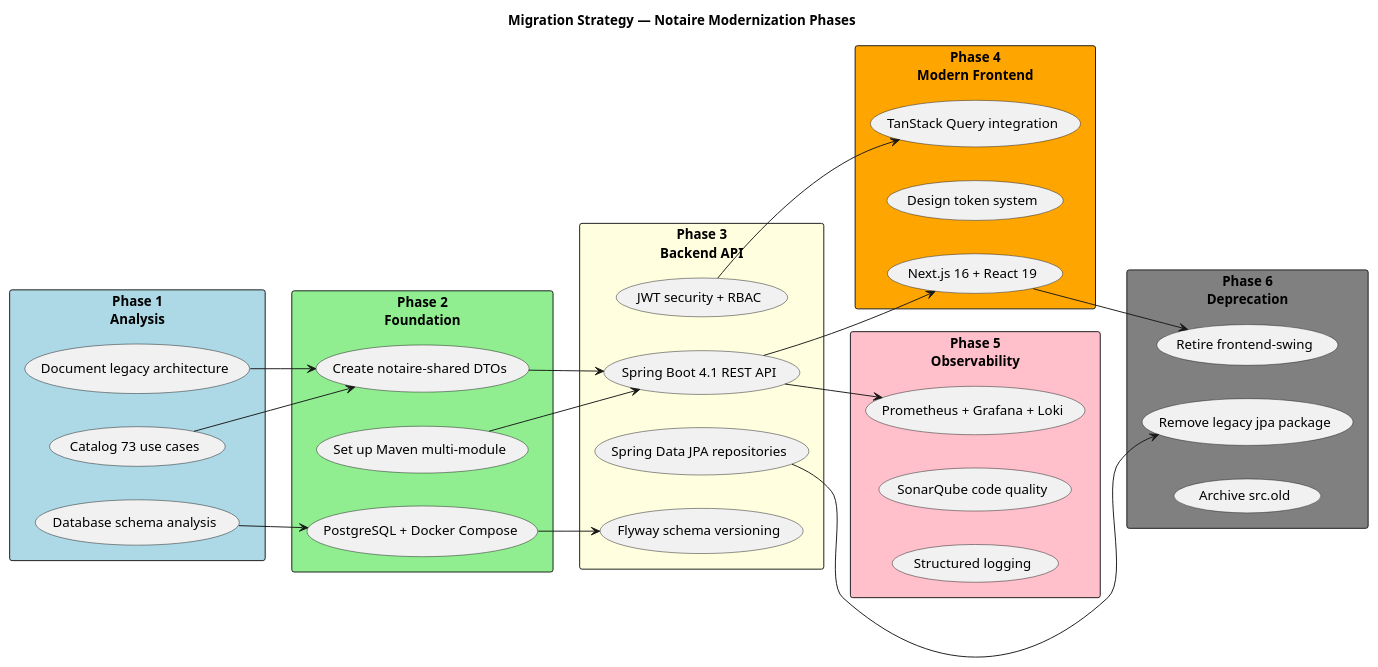
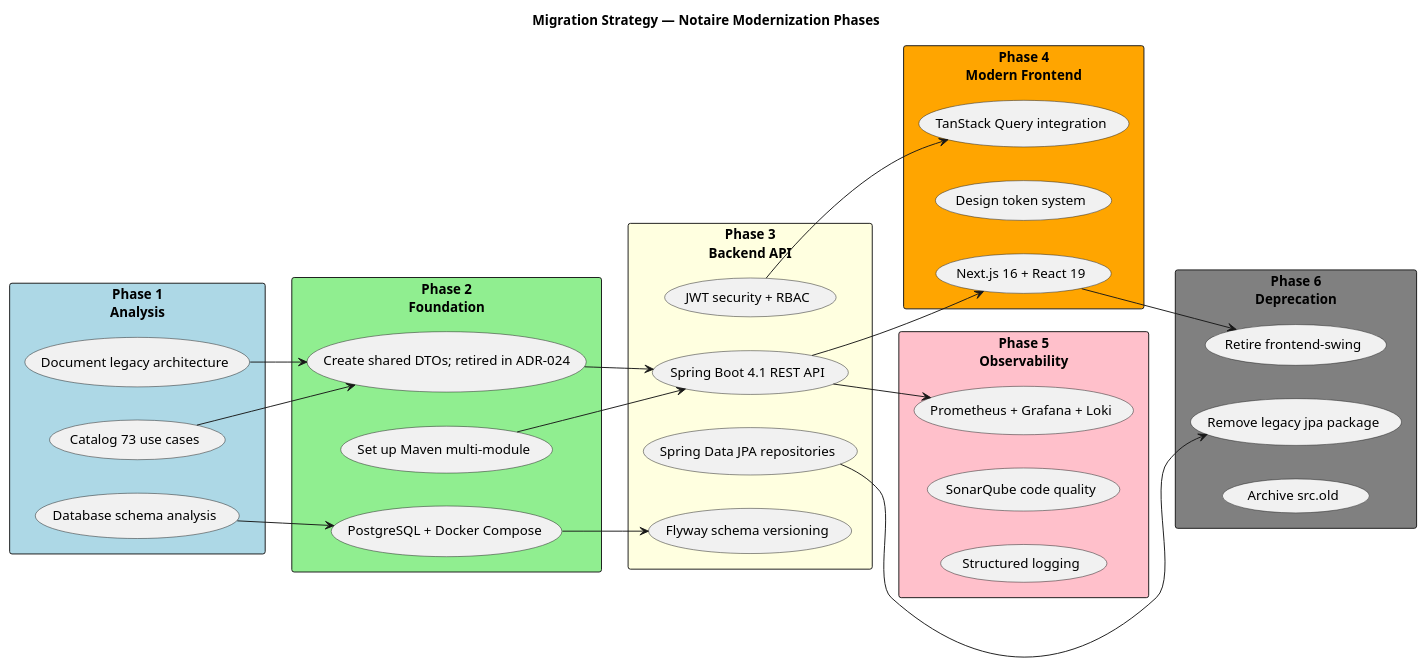
One commit to matiaspakua/notaire changed the diagram in docs/200-architecture/204-diagrams/migration-phases.puml. Above: the diagram before and after it, drawn with PlantUML. The commit also changed 24 other files, not shown here.

First line of the commit message:
docs(architecture): record the retirement of notaire-shared (ADR-024)

```diff
--- a/docs/200-architecture/204-diagrams/migration-phases.puml
+++ b/docs/200-architecture/204-diagrams/migration-phases.puml
@@ -1,53 +1,53 @@
 @startuml
 title Migration Strategy — Notaire Modernization Phases
 left to right direction
 
 rectangle "Phase 1\nAnalysis" #LightBlue {
   (Document legacy architecture) as P1A
   (Catalog 73 use cases) as P1B
   (Database schema analysis) as P1C
 }
 
 rectangle "Phase 2\nFoundation" #LightGreen {
-  (Create notaire-shared DTOs) as P2A
+  (Create shared DTOs; retired in ADR-024) as P2A
   (Set up Maven multi-module) as P2B
   (PostgreSQL + Docker Compose) as P2C
 }
 
 rectangle "Phase 3\nBackend API" #LightYellow {
   (Spring Boot 4.1 REST API) as P3A
   (Spring Data JPA repositories) as P3B
   (JWT security + RBAC) as P3C
   (Flyway schema versioning) as P3D
 }
 
 rectangle "Phase 4\nModern Frontend" #Orange {
   (Next.js 16 + React 19) as P4A
   (Design token system) as P4B
   (TanStack Query integration) as P4C
 }
 
 rectangle "Phase 5\nObservability" #Pink {
   (Prometheus + Grafana + Loki) as P5A
   (SonarQube code quality) as P5B
   (Structured logging) as P5C
 }
 
 rectangle "Phase 6\nDeprecation" #Gray {
   (Retire frontend-swing) as P6A
   (Remove legacy jpa package) as P6B
   (Archive src.old) as P6C
 }
 
 P1A --> P2A
 P1B --> P2A
 P1C --> P2C
 P2A --> P3A
 P2B --> P3A
 P2C --> P3D
 P3A --> P4A
 P3C --> P4C
 P3A --> P5A
 P4A --> P6A
 P3B --> P6B
 @enduml
```
